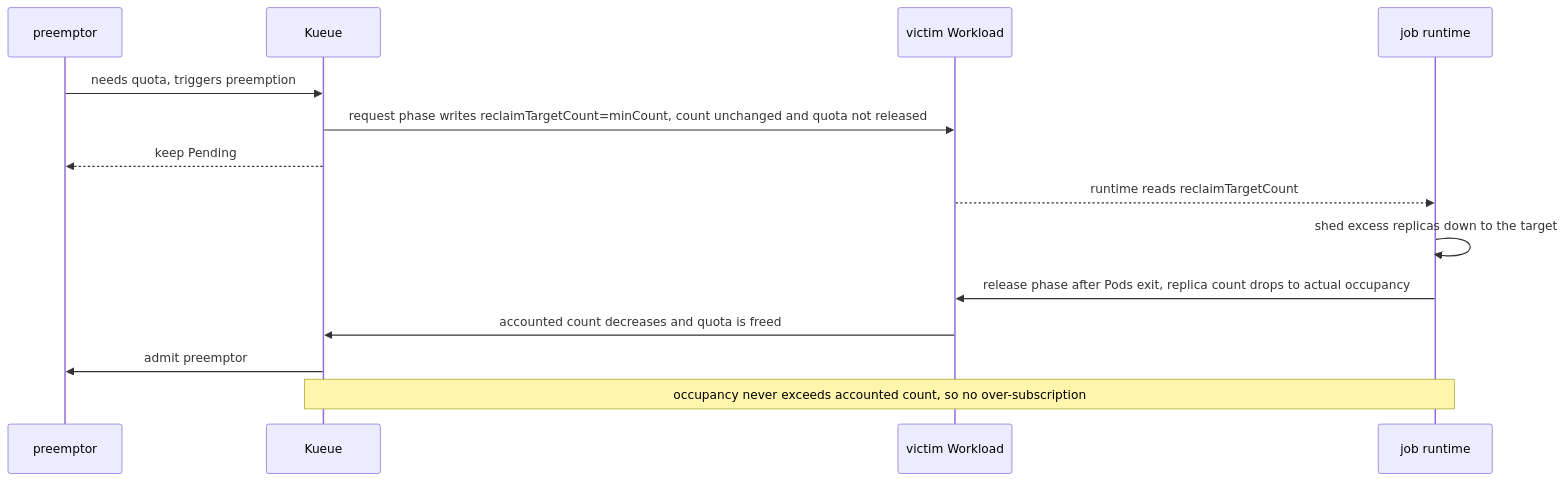
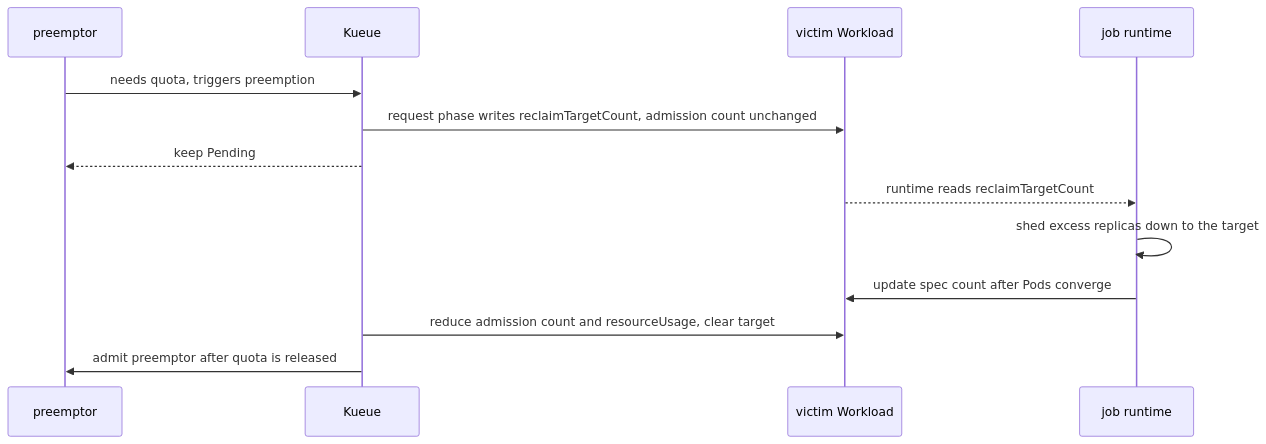
Before and after one commit to kubernetes-sigs/kueue: the diagram in keps/975-partial-preemption/README.md, drawn with Mermaid. The commit also changed other lines of this file, not shown here.

````diff
--- a/keps/975-partial-preemption/README.md
+++ b/keps/975-partial-preemption/README.md
@@ -141,16 +151,15 @@
 ```mermaid
 sequenceDiagram
     participant P as preemptor
     participant K as Kueue
     participant WL as victim Workload
     participant D as job runtime
     P->>K: needs quota, triggers preemption
-    K->>WL: request phase writes reclaimTargetCount=minCount, count unchanged and quota not released
+    K->>WL: request phase writes reclaimTargetCount, admission count unchanged
     K-->>P: keep Pending
     WL-->>D: runtime reads reclaimTargetCount
     D->>D: shed excess replicas down to the target
-    D->>WL: release phase after Pods exit, replica count drops to actual occupancy
-    WL->>K: accounted count decreases and quota is freed
-    K->>P: admit preemptor
-    Note over K,D: occupancy never exceeds accounted count, so no over-subscription
+    D->>WL: update spec count after Pods converge
+    K->>WL: reduce admission count and resourceUsage, clear target
+    K->>P: admit preemptor after quota is released
 ```
````
